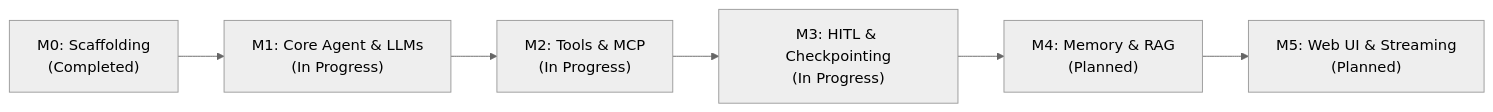
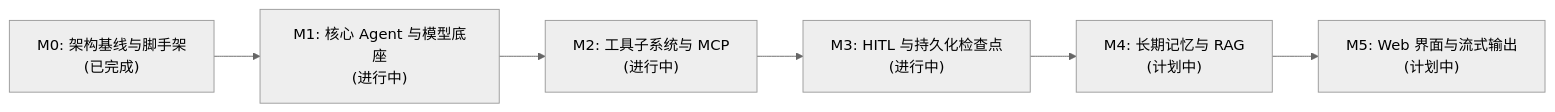
The diagram in docs/roadmap/engineering-roadmap.md (theGitForDalibor/JarvisStudio), drawn with Mermaid (neutral theme) before and after one commit. The commit also changed other lines of this file and 16 other files, not shown here.

````diff
--- a/docs/roadmap/engineering-roadmap.md
+++ b/docs/roadmap/engineering-roadmap.md
@@ -14,8 +14,8 @@
 ```mermaid
 flowchart LR
-    M0["M0: Scaffolding\n(Completed)"] --> M1["M1: Core Agent & LLMs\n(In Progress)"]
-    M1 --> M2["M2: Tools & MCP\n(In Progress)"]
-    M2 --> M3["M3: HITL & Checkpointing\n(In Progress)"]
-    M3 --> M4["M4: Memory & RAG\n(Planned)"]
-    M4 --> M5["M5: Web UI & Streaming\n(Planned)"]
+    M0["M0: 架构基线与脚手架\n(已完成)"] --> M1["M1: 核心 Agent 与模型底座\n(进行中)"]
+    M1 --> M2["M2: 工具子系统与 MCP\n(进行中)"]
+    M2 --> M3["M3: HITL 与持久化检查点\n(进行中)"]
+    M3 --> M4["M4: 长期记忆与 RAG\n(计划中)"]
+    M4 --> M5["M5: Web 界面与流式输出\n(计划中)"]
 ```
````
